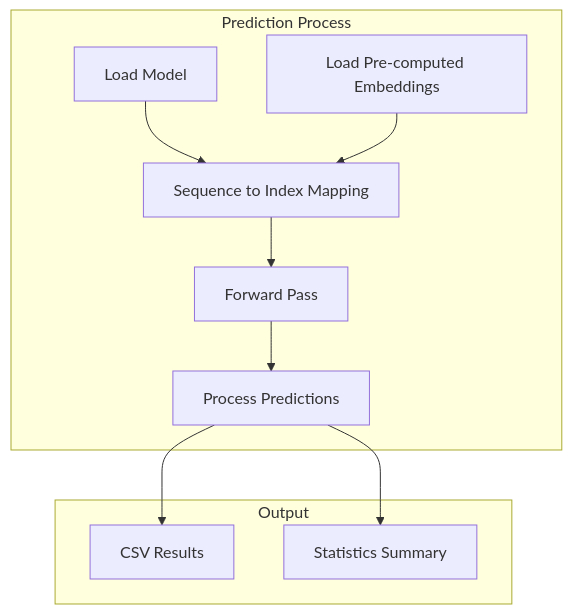
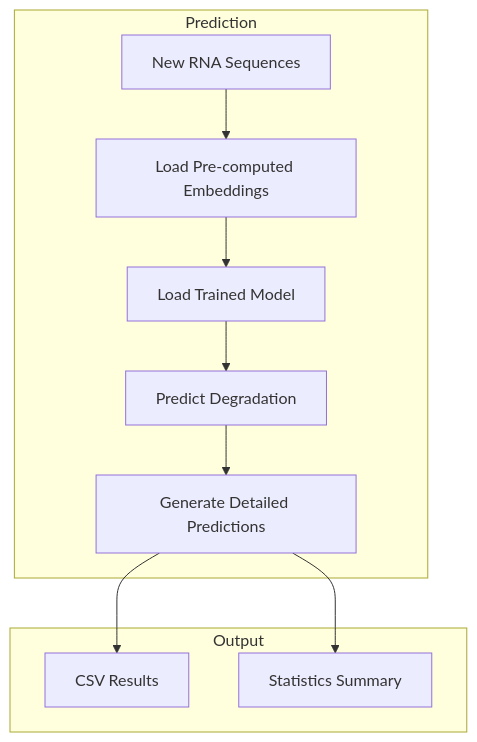
One commit to brikjr/RNA-degradation-esm changed the third of 3 diagrams in README.md. Above: the diagram before and after it, drawn with Mermaid. The commit also changed other lines of this file and 3 other files, not shown here.

````diff
--- a/README.md
+++ b/README.md
@@ -63,17 +63,18 @@
 ```mermaid
-graph TB
-    subgraph Prediction Process
-        F1[Load Model]:::processNode
-        F2[Load Pre-computed Embeddings]:::processNode
-        F3[Sequence to Index Mapping]:::processNode
-        F4[Forward Pass]:::processNode
-        F5[Process Predictions]:::processNode
-        F1 & F2 --> F3 --> F4 --> F5
+flowchart TB
+    subgraph "Prediction"
+    H[New RNA Sequences] --> I[Load Pre-computed Embeddings]
+    I --> J[Load Trained Model]
+    J --> K[Predict Degradation]
+    K --> L[Generate Detailed Predictions]
     end
 
     subgraph Output
         H1[CSV Results]:::outputNode
         H2[Statistics Summary]:::outputNode
-        F5 --> H1 & H2
+        L --> H1 & H2
     end
+    class A,C,I data;
+    class B,E,J process;
+    class K,L output;
 ```
````
